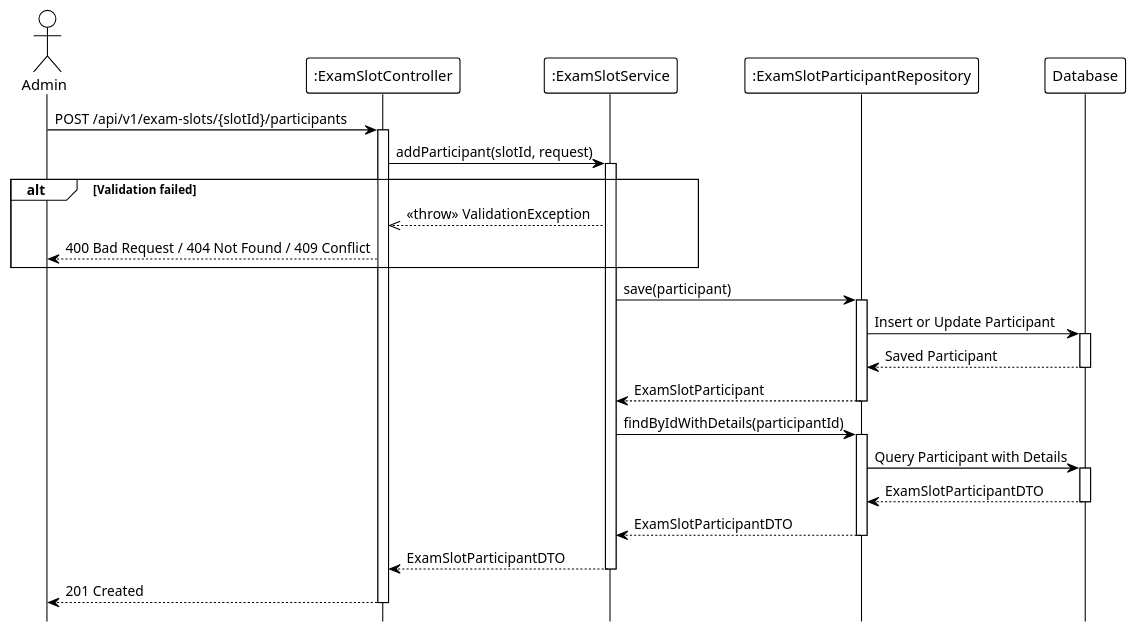
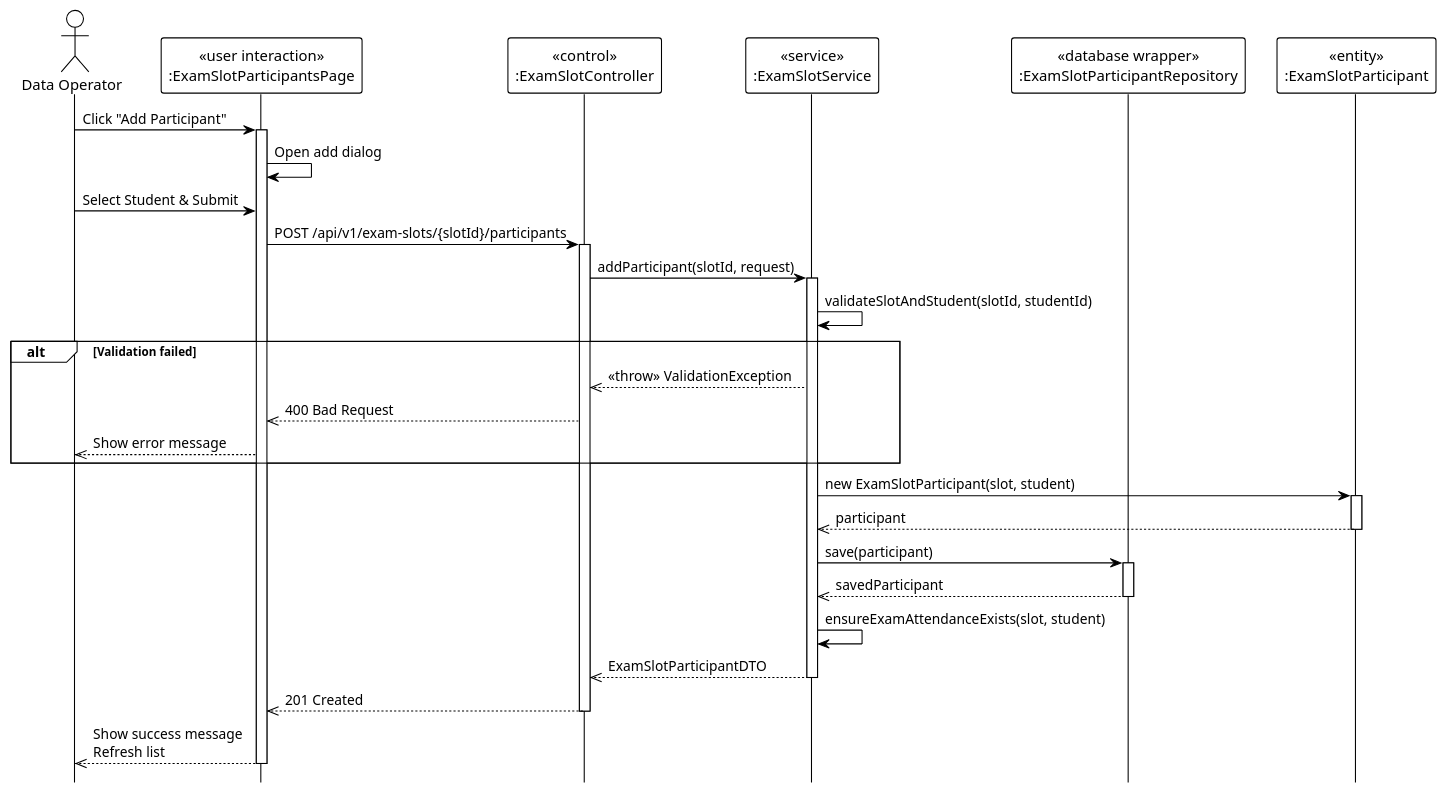
The diagram in system_detailed_design/39_add_participant_to_exam_slot/sequence_diagram_add_participant_to_exam_slot.puml (Ndh474/context), drawn with PlantUML before and after one commit. The commit also changed 2 other files, not shown here.

Commit message:
docs: Add sequence diagrams for adding, removing, and importing exam slot participants.

```diff
--- a/system_detailed_design/39_add_participant_to_exam_slot/sequence_diagram_add_participant_to_exam_slot.puml
+++ b/system_detailed_design/39_add_participant_to_exam_slot/sequence_diagram_add_participant_to_exam_slot.puml
@@ -1,55 +1,59 @@
 @startuml add_participant_to_exam_slot
 !theme plain
 hide footbox
 
-actor Admin
-participant ":ExamSlotController" as Controller
-participant ":ExamSlotService" as Service
-participant ":ExamSlotParticipantRepository" as Repository
-participant "Database" as DB
+actor "Data Operator" as Admin
+
+participant "«user interaction»\n:ExamSlotParticipantsPage" as UI
+participant "«control»\n:ExamSlotController" as Controller
+participant "«service»\n:ExamSlotService" as Service
+participant "«database wrapper»\n:ExamSlotParticipantRepository" as Repository
+participant "«entity»\n:ExamSlotParticipant" as Entity
 
 ' --- MAIN FLOW ---
-Admin -> Controller: POST /api/v1/exam-slots/{slotId}/participants
+Admin -> UI: Click "Add Participant"
+activate UI
+
+UI -> UI: Open add dialog
+
+Admin -> UI: Select Student & Submit
+UI -> Controller: POST /api/v1/exam-slots/{slotId}/participants
 activate Controller
 
 Controller -> Service: addParticipant(slotId, request)
 activate Service
 
-' Validation logic (internal: slot/student/subject/enrollment validation, duplicate check)
+' Validation (Internal)
+Service -> Service: validateSlotAndStudent(slotId, studentId)
 
 alt Validation failed
     Service -->> Controller: <<throw>> ValidationException
-    Controller --> Admin: 400 Bad Request / 404 Not Found / 409 Conflict
+    Controller -->> UI: 400 Bad Request
+    UI -->> Admin: Show error message
 end
 
+' --- CREATE ENTITY ---
+Service -> Entity: new ExamSlotParticipant(slot, student)
+activate Entity
+Entity -->> Service: participant
+deactivate Entity
+
+' --- SAVE ---
 Service -> Repository: save(participant)
 activate Repository
-
-Repository -> DB: Insert or Update Participant
-activate DB
-DB --> Repository: Saved Participant
-deactivate DB
-
-Repository --> Service: ExamSlotParticipant
+Repository -->> Service: savedParticipant
 deactivate Repository
 
 ' Auto-create exam attendance (internal)
+Service -> Service: ensureExamAttendanceExists(slot, student)
 
-Service -> Repository: findByIdWithDetails(participantId)
-activate Repository
-
-Repository -> DB: Query Participant with Details
-activate DB
-DB --> Repository: ExamSlotParticipantDTO
-deactivate DB
-
-Repository --> Service: ExamSlotParticipantDTO
-deactivate Repository
-
-Service --> Controller: ExamSlotParticipantDTO
+Service -->> Controller: ExamSlotParticipantDTO
 deactivate Service
 
-Controller --> Admin: 201 Created
+Controller -->> UI: 201 Created
 deactivate Controller
 
+UI -->> Admin: Show success message\nRefresh list
+deactivate UI
+
 @enduml
```
